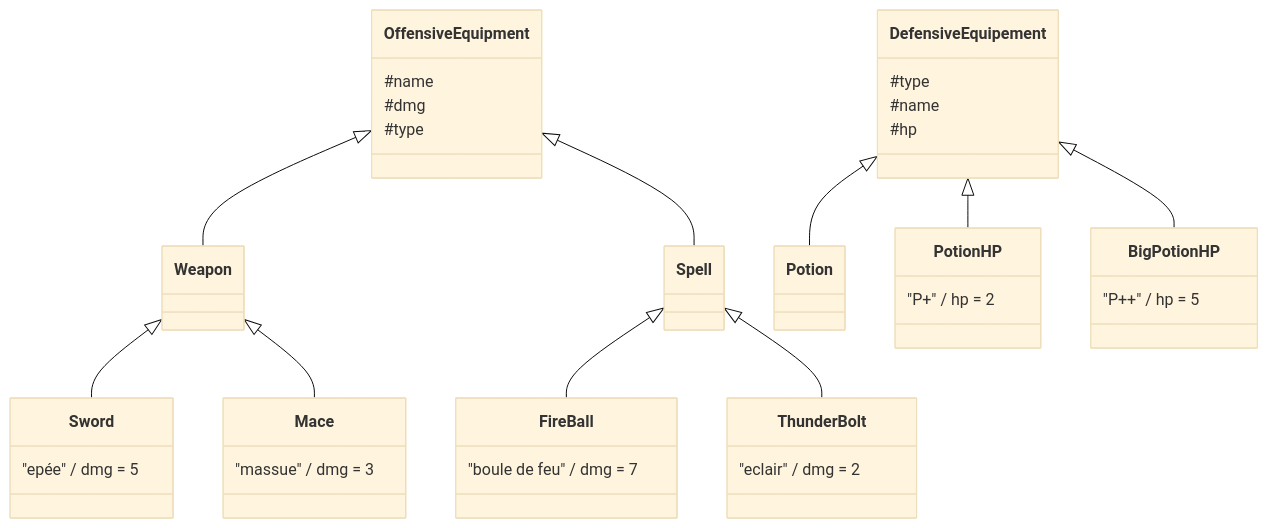
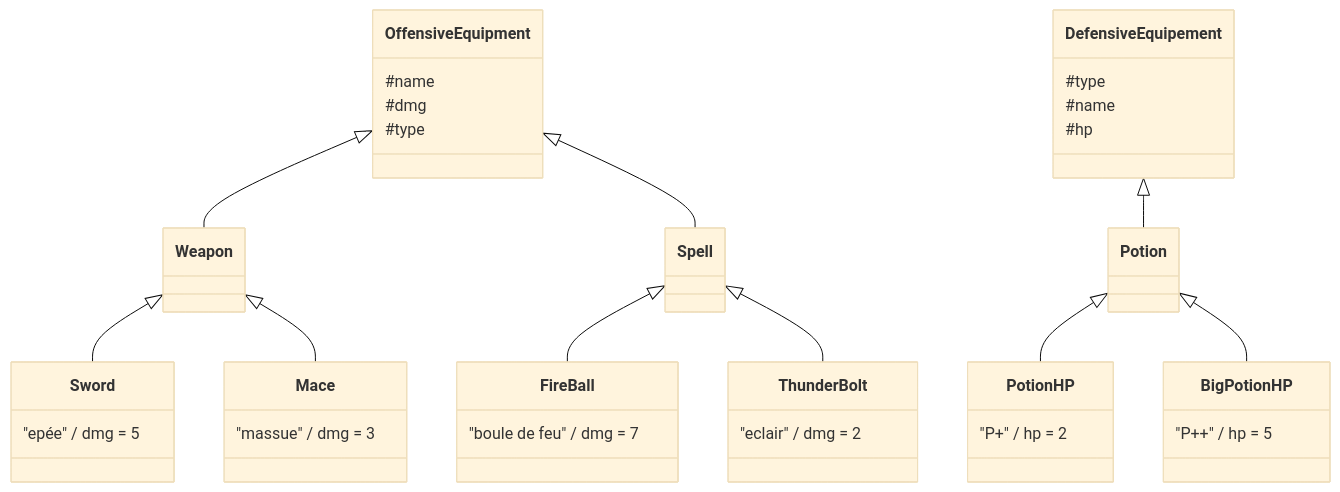
The third of 3 diagrams in README.md (BSourichanh/POO_JAVA), drawn with Mermaid (base theme) before and after one commit. The commit also changed other lines of this file and 2 other files, not shown here.

Commit message:
feat : fix inheritance hierarchy for PotionHP and BigPotionHP

````diff
--- a/README.md
+++ b/README.md
@@ -411,48 +411,48 @@
 ```mermaid
 classDiagram
     direction TB
 
     class OffensiveEquipment {
         #name
         #dmg
         #type
     }
     class Weapon
     class Spell
     class Sword {
         "epée" / dmg = 5
     }
     class Mace {
         "massue" / dmg = 3
     }
     class FireBall {
         "boule de feu" / dmg = 7
     }
     class ThunderBolt {
         "eclair" / dmg = 2
     }
 
     OffensiveEquipment <|-- Weapon
     OffensiveEquipment <|-- Spell
     Weapon <|-- Sword
     Weapon <|-- Mace
     Spell  <|-- FireBall
     Spell  <|-- ThunderBolt
 
     class DefensiveEquipement {
         #type
         #name
         #hp
     }
     class Potion
     class PotionHP {
         "P+" / hp = 2
     }
     class BigPotionHP {
         "P++" / hp = 5
     }
 
     DefensiveEquipement <|-- Potion
-    DefensiveEquipement <|-- PotionHP
-    DefensiveEquipement <|-- BigPotionHP
+    Potion <|-- PotionHP
+    Potion <|-- BigPotionHP
 ```
````
